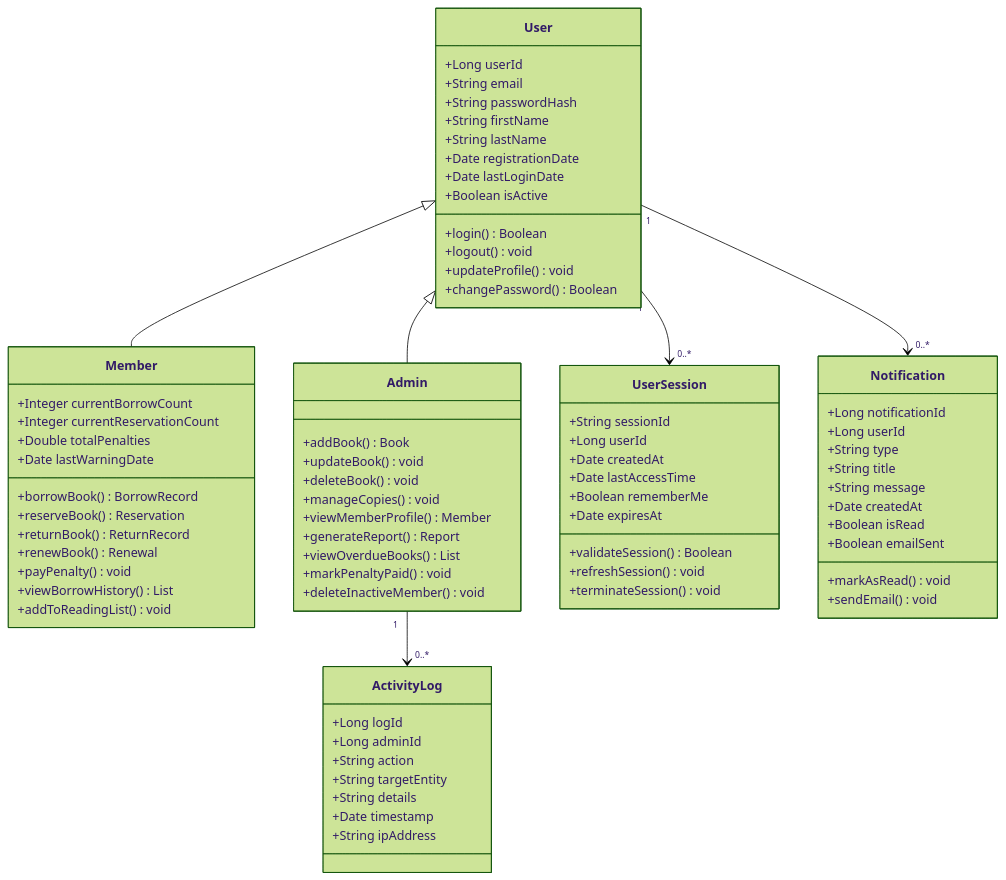
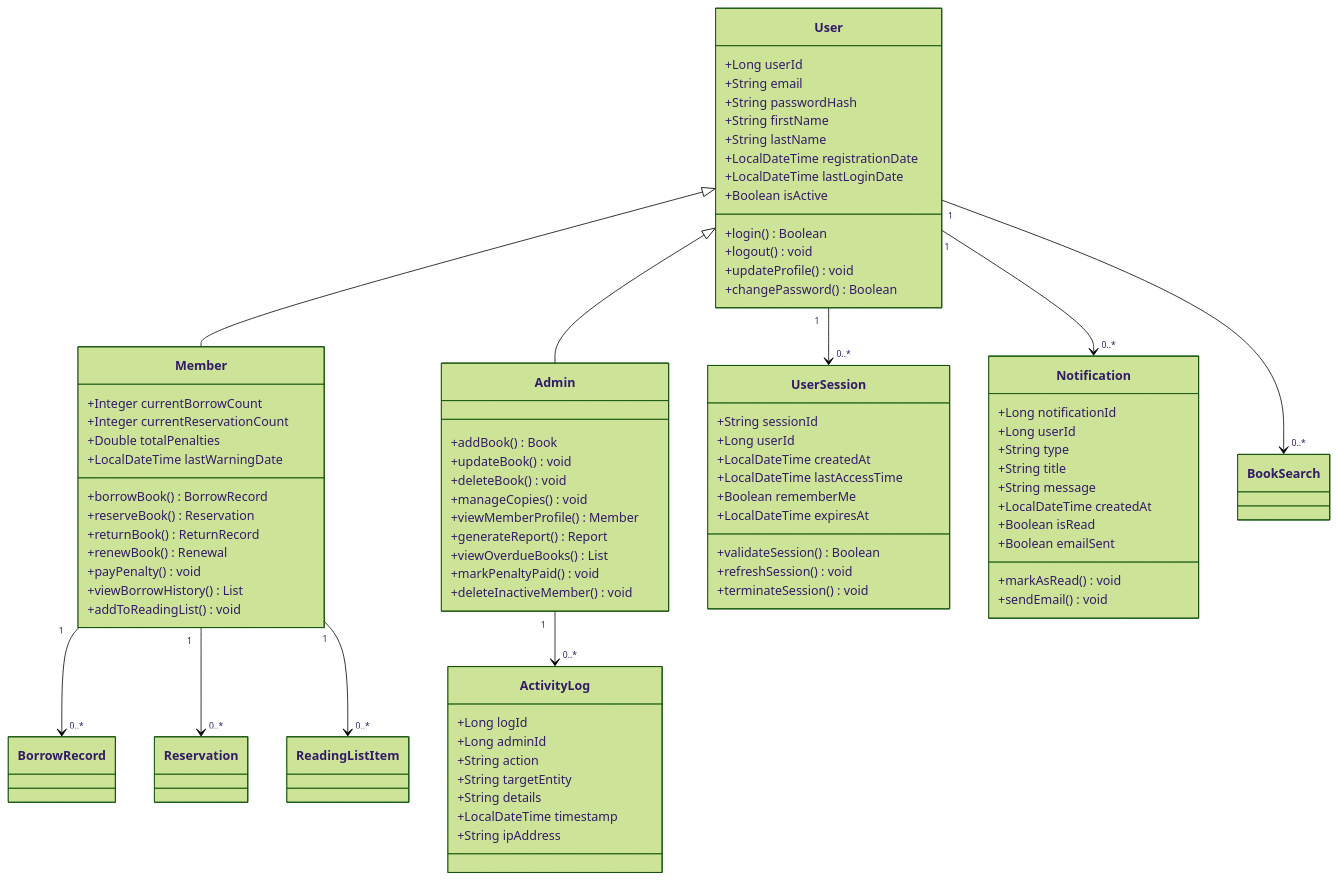
The diagram in uml-diagrams/01-user-management-class-diagram.mmd (cagricakmaktepe/davon-library-system), drawn with Mermaid (forest theme) before and after one commit. The commit also changed 2 other files, not shown here.

Commit message:
uml değişikliklikleri

```diff
--- a/uml-diagrams/01-user-management-class-diagram.mmd
+++ b/uml-diagrams/01-user-management-class-diagram.mmd
@@ -1,82 +1,86 @@
 classDiagram
     class User {
         +Long userId
         +String email
         +String passwordHash
         +String firstName
         +String lastName
-        +Date registrationDate
-        +Date lastLoginDate
+        +LocalDateTime registrationDate
+        +LocalDateTime lastLoginDate
         +Boolean isActive
         +login() Boolean
         +logout() void
         +updateProfile() void
         +changePassword() Boolean
     }
     
     class Member {
         +Integer currentBorrowCount
         +Integer currentReservationCount
         +Double totalPenalties
-        +Date lastWarningDate
+        +LocalDateTime lastWarningDate
         +borrowBook() BorrowRecord
         +reserveBook() Reservation
         +returnBook() ReturnRecord
         +renewBook() Renewal
         +payPenalty() void
         +viewBorrowHistory() List
         +addToReadingList() void
     }
     
     class Admin {
         +addBook() Book
         +updateBook() void
         +deleteBook() void
         +manageCopies() void
         +viewMemberProfile() Member
         +generateReport() Report
         +viewOverdueBooks() List
         +markPenaltyPaid() void
         +deleteInactiveMember() void
     }
     
     class UserSession {
         +String sessionId
         +Long userId
-        +Date createdAt
-        +Date lastAccessTime
+        +LocalDateTime createdAt
+        +LocalDateTime lastAccessTime
         +Boolean rememberMe
-        +Date expiresAt
+        +LocalDateTime expiresAt
         +validateSession() Boolean
         +refreshSession() void
         +terminateSession() void
     }
     
     class Notification {
         +Long notificationId
         +Long userId
         +String type
         +String title
         +String message
-        +Date createdAt
+        +LocalDateTime createdAt
         +Boolean isRead
         +Boolean emailSent
         +markAsRead() void
         +sendEmail() void
     }
     
     class ActivityLog {
         +Long logId
         +Long adminId
         +String action
         +String targetEntity
         +String details
-        +Date timestamp
+        +LocalDateTime timestamp
         +String ipAddress
     }
     
     User <|-- Member
     User <|-- Admin
     User "1" --> "0..*" UserSession
     User "1" --> "0..*" Notification
     Admin "1" --> "0..*" ActivityLog
+    Member "1" --> "0..*" BorrowRecord
+    Member "1" --> "0..*" Reservation
+    Member "1" --> "0..*" ReadingListItem
+    User "1" --> "0..*" BookSearch
```
